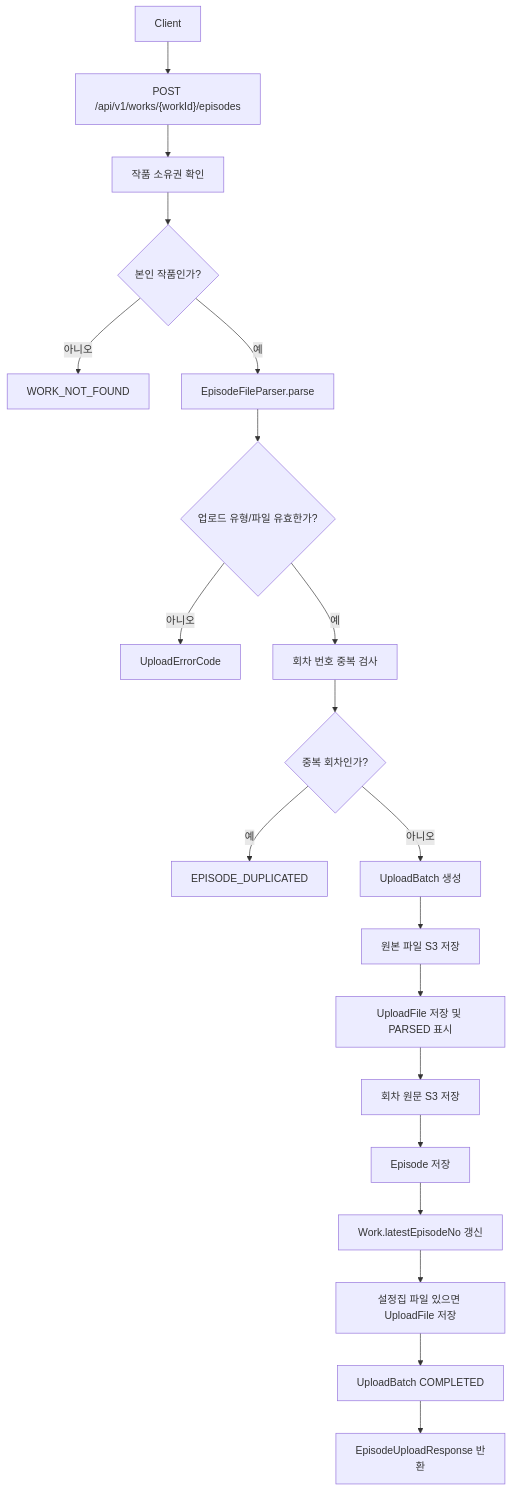
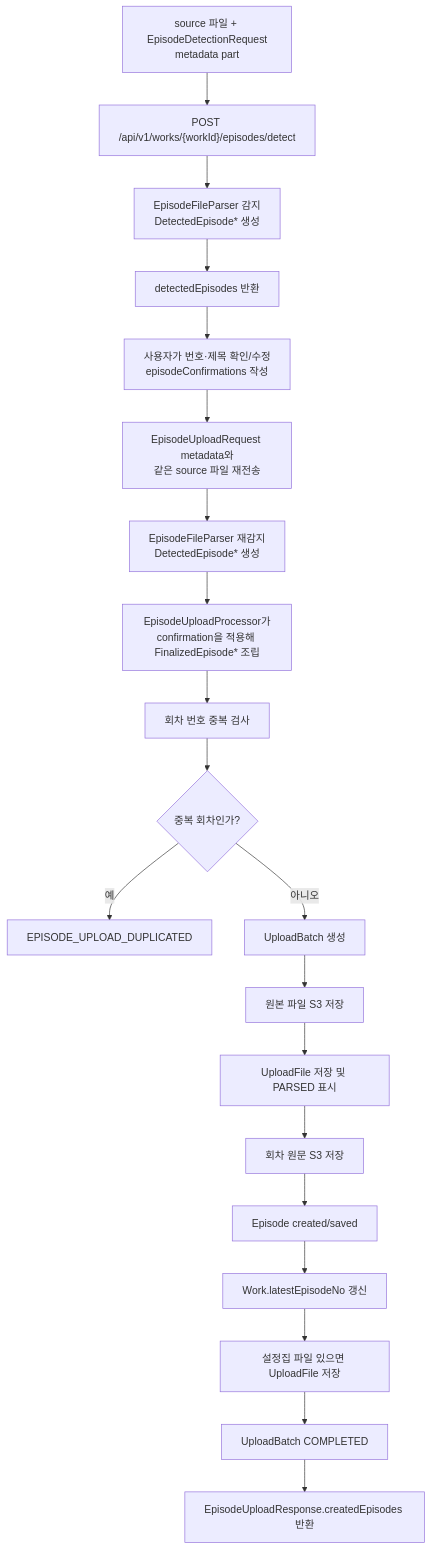
Before and after one commit to catchhole-soma/catchhole-backend-java: the first of 4 diagrams in docs/upload-episode-workflow.md, drawn with Mermaid. The commit also changed other lines of this file and 9 other files, not shown here.

````diff
--- a/docs/upload-episode-workflow.md
+++ b/docs/upload-episode-workflow.md
@@ -9,22 +9,22 @@
 ```mermaid
 flowchart TD
-    A["Client"] --> B["POST /api/v1/works/{workId}/episodes"]
-    B --> C["작품 소유권 확인"]
-    C --> D{"본인 작품인가?"}
-    D -- "아니오" --> E["WORK_NOT_FOUND"]
-    D -- "예" --> F["EpisodeFileParser.parse"]
-    F --> G{"업로드 유형/파일 유효한가?"}
-    G -- "아니오" --> H["UploadErrorCode"]
-    G -- "예" --> I["회차 번호 중복 검사"]
+    A["source 파일 + EpisodeDetectionRequest<br/>metadata part"] --> B["POST /api/v1/works/{workId}/episodes/detect"]
+    B --> C["EpisodeFileParser 감지<br/>DetectedEpisode* 생성"]
+    C --> D["detectedEpisodes 반환"]
+    D --> E["사용자가 번호·제목 확인/수정<br/>episodeConfirmations 작성"]
+    E --> F["EpisodeUploadRequest metadata와<br/>같은 source 파일 재전송"]
+    F --> G["EpisodeFileParser 재감지<br/>DetectedEpisode* 생성"]
+    G --> H["EpisodeUploadProcessor가<br/>confirmation을 적용해 FinalizedEpisode* 조립"]
+    H --> I["회차 번호 중복 검사"]
     I --> J{"중복 회차인가?"}
-    J -- "예" --> K["EPISODE_DUPLICATED"]
+    J -- "예" --> K["EPISODE_UPLOAD_DUPLICATED"]
     J -- "아니오" --> L["UploadBatch 생성"]
     L --> M["원본 파일 S3 저장"]
     M --> N["UploadFile 저장 및 PARSED 표시"]
     N --> O["회차 원문 S3 저장"]
-    O --> P["Episode 저장"]
+    O --> P["Episode created/saved"]
     P --> Q["Work.latestEpisodeNo 갱신"]
     Q --> R["설정집 파일 있으면 UploadFile 저장"]
     R --> S["UploadBatch COMPLETED"]
-    S --> T["EpisodeUploadResponse 반환"]
+    S --> T["EpisodeUploadResponse.createdEpisodes 반환"]
 ```
````
